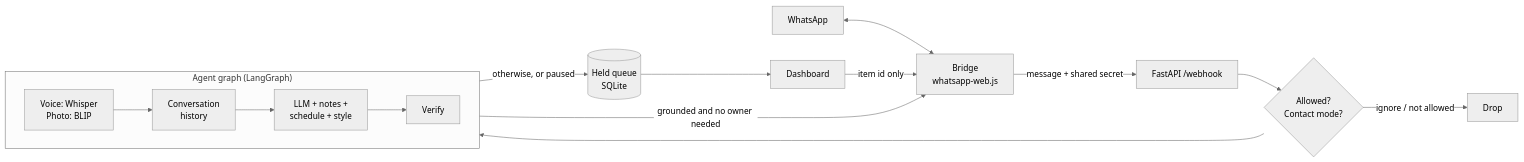
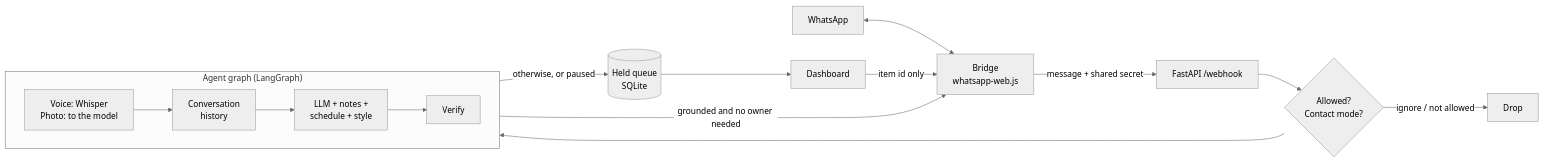
Before and after one commit to swiftkimani/Whatsapp-Assistant-Agent-fork-old: the diagram in README.md, drawn with Mermaid (neutral theme). The commit also changed other lines of this file and 12 other files, not shown here.

````diff
--- a/README.md
+++ b/README.md
@@ -70,16 +70,16 @@
 ```mermaid
 flowchart LR
     W[WhatsApp] <--> B["Bridge<br/>whatsapp-web.js"]
     B -- "message + shared secret" --> A["FastAPI /webhook"]
     A --> C{"Allowed?<br/>Contact mode?"}
     C -- "ignore / not allowed" --> X[Drop]
     C --> G
     subgraph G["Agent graph (LangGraph)"]
         direction LR
-        S["Voice: Whisper<br/>Photo: BLIP"] --> H["Conversation<br/>history"] --> L["LLM + notes +<br/>schedule + style"] --> V["Verify"]
+        S["Voice: Whisper<br/>Photo: to the model"] --> H["Conversation<br/>history"] --> L["LLM + notes +<br/>schedule + style"] --> V["Verify"]
     end
     V -- "grounded and no owner needed" --> B
     V -- "otherwise, or paused" --> Q[("Held queue<br/>SQLite")]
     Q --> D["Dashboard"]
     D -- "item id only" --> B
 ```
````
